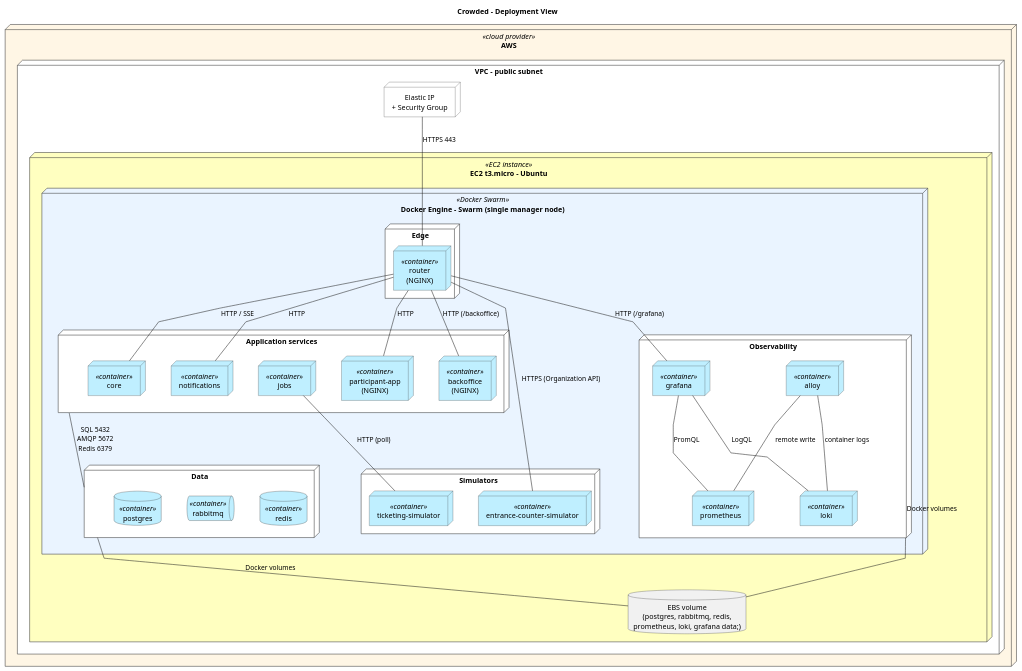
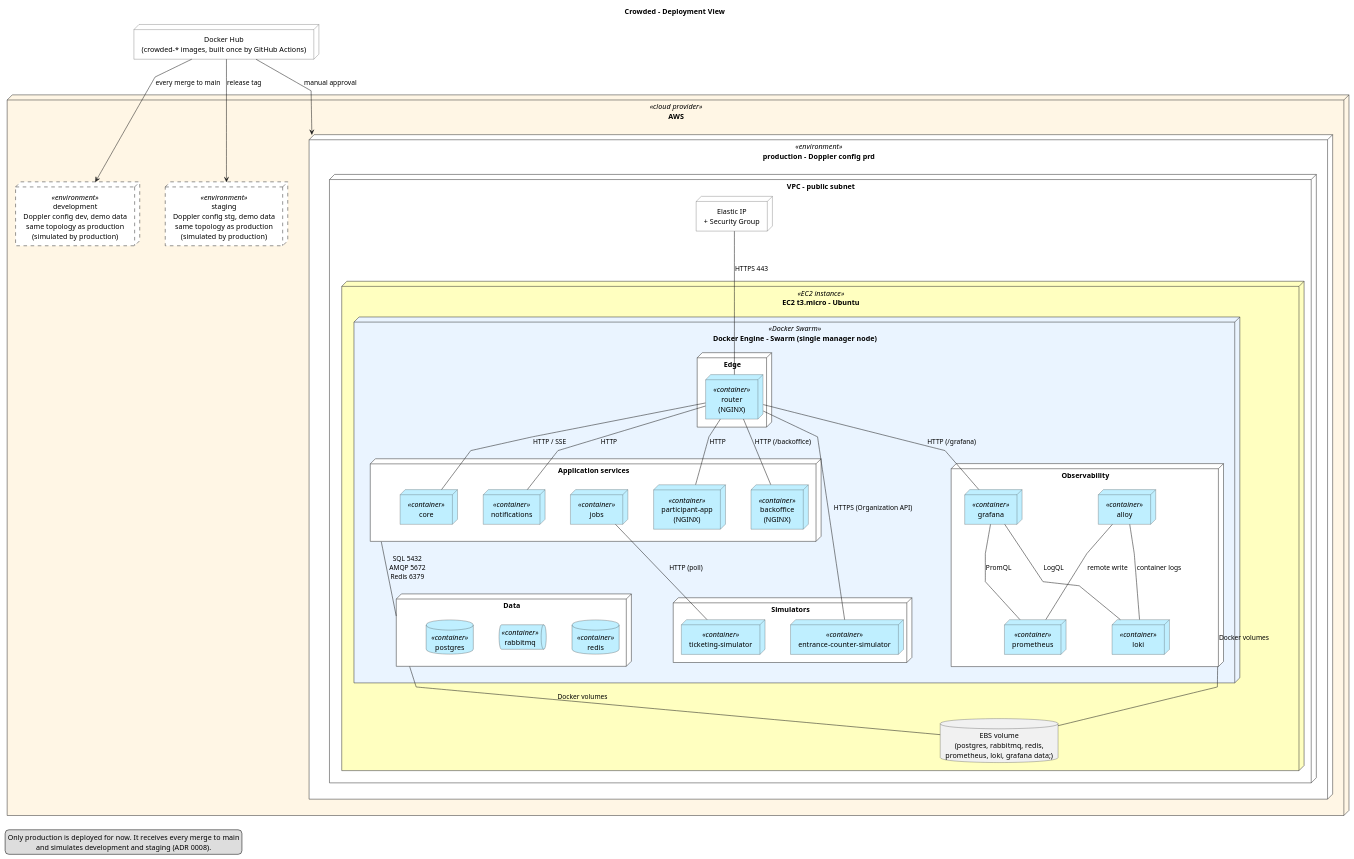
The diagram in docs/deliverables/diagrams/deployment-view.puml (andrereis26/crowded-labdsof), drawn with PlantUML before and after one commit. The commit also changed 10 other files, not shown here.

Commit message:
docs(#101): design three environments, simulated by production

```diff
--- a/docs/deliverables/diagrams/deployment-view.puml
+++ b/docs/deliverables/diagrams/deployment-view.puml
@@ -1,110 +1,134 @@
 @startuml deployment-view
 ' Crowded - Deployment View
-' One EC2 instance running a single-node Docker Swarm, provisioned with Terraform.
+' Three environments (development, staging, production), each one EC2 instance
+' running a single-node Docker Swarm, provisioned with Terraform. Production is
+' shown in full; development and staging are copies of it. In practice only
+' production is deployed and simulates the other two (ADR 0008).
 ' Shows only Crowded's own runtime; external systems are in the logical view.
 ' Sources: logical-view-level-2.puml, requirements.md (NFR-010..NFR-016, SR-008)
 
 title Crowded - Deployment View
 
 skinparam shadowing false
 skinparam linetype polyline
 skinparam nodesep 50
 skinparam ranksep 70
 skinparam defaultTextAlignment center
 
 skinparam node {
   BackgroundColor #FFFFFF
   BorderColor #333333
   BackgroundColor<<cloud provider>> #FFF6E5
   BackgroundColor<<EC2 instance>> #FFFFC0
   BackgroundColor<<Docker Swarm>> #EAF4FF
   BackgroundColor<<container>> #BFEFFF
+  BackgroundColor<<environment>> #FFFFFF
 }
 skinparam database {
   BackgroundColor<<container>> #BFEFFF
 }
 skinparam queue {
   BackgroundColor<<container>> #BFEFFF
 }
 
 ' ---------------------------------------------------------------------
 ' AWS
 ' ---------------------------------------------------------------------
+node "Docker Hub\n(crowded-* images, built once by GitHub Actions)" as Registry
+
 node "AWS" <<cloud provider>> as AWS {
 
-  node "VPC - public subnet" as VPC {
+  node "development\nDoppler config dev, demo data\nsame topology as production\n(simulated by production)" <<environment>> as Dev #line.dashed
 
-    node "Elastic IP\n+ Security Group" as EIP
+  node "staging\nDoppler config stg, demo data\nsame topology as production\n(simulated by production)" <<environment>> as Stg #line.dashed
 
-    node "EC2 t3.micro - Ubuntu" <<EC2 instance>> as EC2 {
+  node "production - Doppler config prd" <<environment>> as Prod {
 
-      node "Docker Engine - Swarm (single manager node)" <<Docker Swarm>> as Swarm {
+    node "VPC - public subnet" as VPC {
 
-        node "Edge" as EdgeGroup {
-          node "router\n(NGINX)" <<container>> as Nginx
+      node "Elastic IP\n+ Security Group" as EIP
+
+      node "EC2 t3.micro - Ubuntu" <<EC2 instance>> as EC2 {
+
+        node "Docker Engine - Swarm (single manager node)" <<Docker Swarm>> as Swarm {
+
+          node "Edge" as EdgeGroup {
+            node "router\n(NGINX)" <<container>> as Nginx
+          }
+
+          node "Application services" as AppGroup {
+            node "core" <<container>> as Core
+            node "notifications" <<container>> as Notifications
+            node "jobs" <<container>> as Jobs
+            node "participant-app\n(NGINX)" <<container>> as ParticipantApp
+            node "backoffice\n(NGINX)" <<container>> as Backoffice
+          }
+
+          node "Simulators" as SimGroup {
+            node "ticketing-simulator" <<container>> as TicketingSim
+            node "entrance-counter-simulator" <<container>> as CounterSim
+          }
+
+          node "Data" as DataGroup {
+            database "postgres" <<container>> as Postgres
+            queue "rabbitmq" <<container>> as RabbitMQ
+            database "redis" <<container>> as Redis
+          }
+
+          node "Observability" as ObsGroup {
+            node "prometheus" <<container>> as Prometheus
+            node "loki" <<container>> as Loki
+            node "alloy" <<container>> as Alloy
+            node "grafana" <<container>> as Grafana
+          }
         }
 
-        node "Application services" as AppGroup {
-          node "core" <<container>> as Core
-          node "notifications" <<container>> as Notifications
-          node "jobs" <<container>> as Jobs
-          node "participant-app\n(NGINX)" <<container>> as ParticipantApp
-          node "backoffice\n(NGINX)" <<container>> as Backoffice
-        }
-
-        node "Simulators" as SimGroup {
-          node "ticketing-simulator" <<container>> as TicketingSim
-          node "entrance-counter-simulator" <<container>> as CounterSim
-        }
-
-        node "Data" as DataGroup {
-          database "postgres" <<container>> as Postgres
-          queue "rabbitmq" <<container>> as RabbitMQ
-          database "redis" <<container>> as Redis
-        }
-
-        node "Observability" as ObsGroup {
-          node "prometheus" <<container>> as Prometheus
-          node "loki" <<container>> as Loki
-          node "alloy" <<container>> as Alloy
-          node "grafana" <<container>> as Grafana
-        }
+        database "EBS volume\n(postgres, rabbitmq, redis,\nprometheus, loki, grafana data;)" as EBS
       }
-
-      database "EBS volume\n(postgres, rabbitmq, redis,\nprometheus, loki, grafana data;)" as EBS
     }
   }
 }
 
 ' ---------------------------------------------------------------------
 ' Runtime communication
 ' Group-level links keep the view readable; which service uses which
 ' store is shown in the logical view.
 ' ---------------------------------------------------------------------
 EIP -down- Nginx : HTTPS 443
 
 Nginx -down- Core : HTTP / SSE
 Nginx -down- Notifications : HTTP
 Nginx -down- ParticipantApp : HTTP
 Nginx -down- Backoffice : HTTP (/backoffice)
 Nginx -down- Grafana : HTTP (/grafana)
 
 AppGroup -down- DataGroup : SQL 5432\nAMQP 5672\nRedis 6379
 Jobs -down- TicketingSim : HTTP (poll)
 Nginx -down-- CounterSim : HTTPS (Organization API)
 
 ' --- Observability
 Grafana -down- Prometheus : PromQL
 Grafana -down- Loki : LogQL
 Alloy -down- Loki : container logs
 Alloy -down- Prometheus : remote write
 
 ' --- Layout: data stores side by side
 Postgres -[hidden]right- RabbitMQ
 RabbitMQ -[hidden]right- Redis
 
+' --- Promotion: the same images move up, never rebuilt
+Registry -down-> Dev : every merge to main
+Registry -down-> Stg : release tag
+Registry -down-> Prod : manual approval
+Dev -[hidden]right- Stg
+
+legend bottom left
+  Only production is deployed for now. It receives every merge to main
+  and simulates development and staging (ADR 0008).
+endlegend
+
 ' --- Storage
 DataGroup -down- EBS : Docker volumes
 ObsGroup -down- EBS : Docker volumes
 
 @enduml
```
